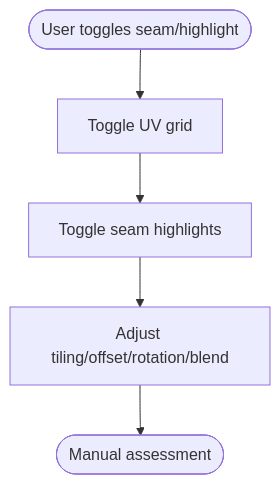
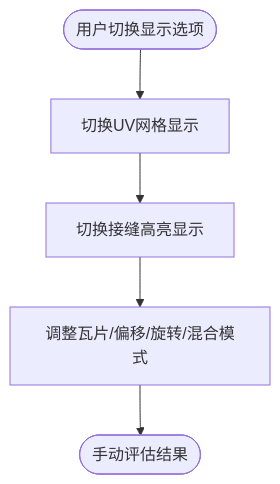
The sixth of 9 diagrams in .qoder/repowiki/en/content/Image Processing Tools/Tiling Texture Preview.md (treasureGrove/TAWEBTOOL), drawn with Mermaid before and after one commit. The commit also changed other lines of this file and 30 other files, not shown here.

````diff
--- a/.qoder/repowiki/en/content/Image Processing Tools/Tiling Texture Preview.md
+++ b/.qoder/repowiki/en/content/Image Processing Tools/Tiling Texture Preview.md
@@ -192,7 +211,7 @@
 ```mermaid
 flowchart TD
-SStart(["User toggles seam/highlight"]) --> Grid["Toggle UV grid"]
-Grid --> Seam["Toggle seam highlights"]
-Seam --> Adjust["Adjust tiling/offset/rotation/blend"]
-Adjust --> SEnd(["Manual assessment"])
+SStart(["用户切换显示选项"]) --> Grid["切换UV网格显示"]
+Grid --> Seam["切换接缝高亮显示"]
+Seam --> Adjust["调整瓦片/偏移/旋转/混合模式"]
+Adjust --> SEnd(["手动评估结果"])
 ```
````
